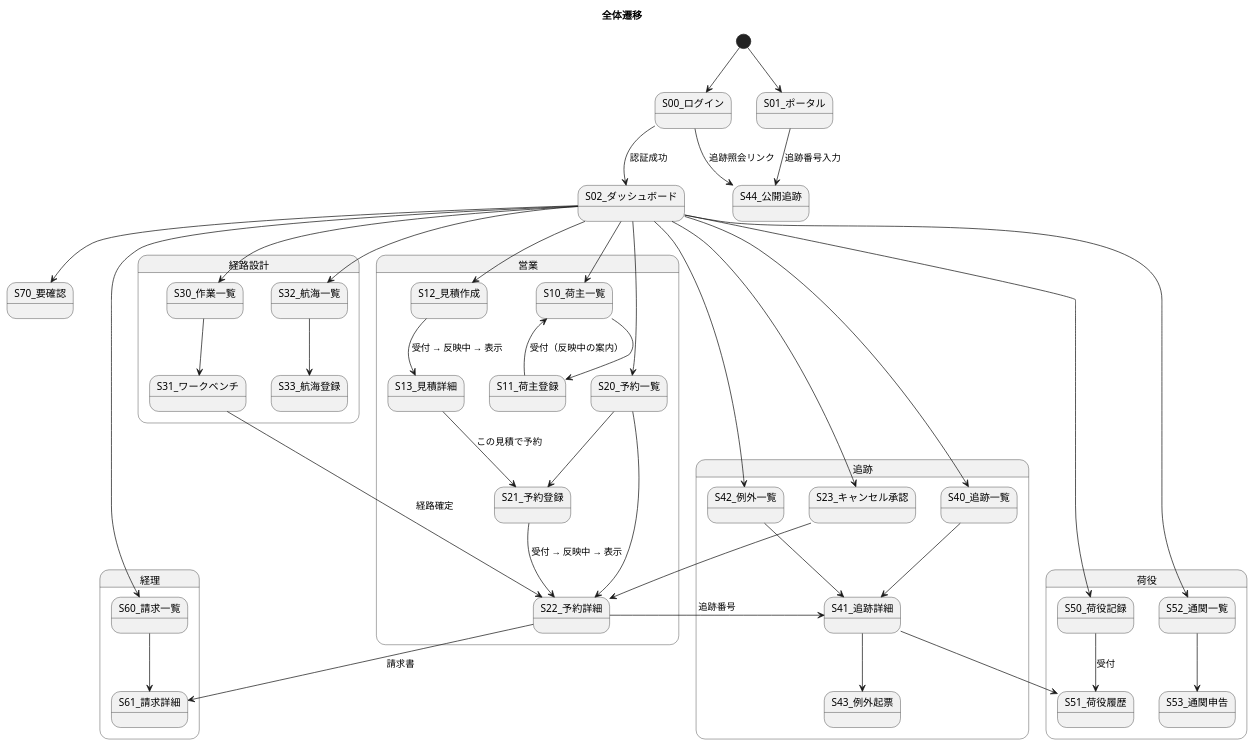
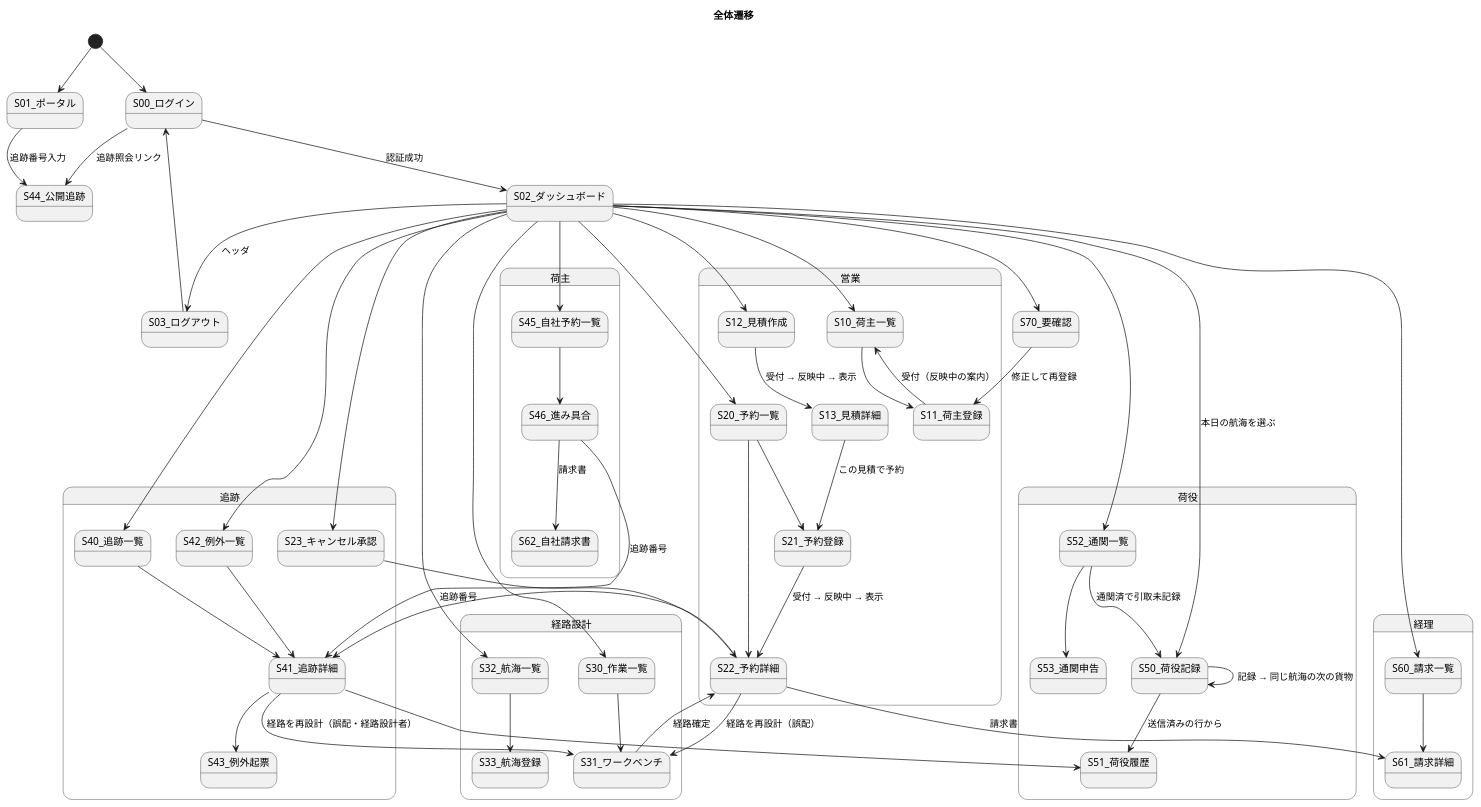
Before and after one commit to k2works/case-study-cargo-tracker: the second of 20 diagrams in docs/design/cargo-tracker/ui_design.md, drawn with PlantUML. The commit also changed other lines of this file and 18 other files, not shown here.

````diff
--- a/docs/design/cargo-tracker/ui_design.md
+++ b/docs/design/cargo-tracker/ui_design.md
@@ -180,59 +221,73 @@
 ```plantuml
 @startuml
 title 全体遷移
 
 [*] --> S00_ログイン
 [*] --> S01_ポータル
 S01_ポータル --> S44_公開追跡 : 追跡番号入力
 S00_ログイン --> S44_公開追跡 : 追跡照会リンク
 S00_ログイン --> S02_ダッシュボード : 認証成功
 
 state "営業" as sales {
   S02_ダッシュボード --> S10_荷主一覧
   S10_荷主一覧 --> S11_荷主登録
   S11_荷主登録 --> S10_荷主一覧 : 受付（反映中の案内）
   S02_ダッシュボード --> S12_見積作成
   S12_見積作成 --> S13_見積詳細 : 受付 → 反映中 → 表示
   S13_見積詳細 --> S21_予約登録 : この見積で予約
   S02_ダッシュボード --> S20_予約一覧
   S20_予約一覧 --> S21_予約登録
   S21_予約登録 --> S22_予約詳細 : 受付 → 反映中 → 表示
   S20_予約一覧 --> S22_予約詳細
 }
 
 state "経路設計" as routing {
   S02_ダッシュボード --> S30_作業一覧
   S30_作業一覧 --> S31_ワークベンチ
   S31_ワークベンチ --> S22_予約詳細 : 経路確定
+  S22_予約詳細 --> S31_ワークベンチ : 経路を再設計（誤配）
   S02_ダッシュボード --> S32_航海一覧
   S32_航海一覧 --> S33_航海登録
 }
 
 state "追跡" as tracking {
   S02_ダッシュボード --> S40_追跡一覧
   S40_追跡一覧 --> S41_追跡詳細
   S41_追跡詳細 --> S43_例外起票
   S02_ダッシュボード --> S42_例外一覧
   S42_例外一覧 --> S41_追跡詳細
   S02_ダッシュボード --> S23_キャンセル承認
   S23_キャンセル承認 --> S22_予約詳細
+  S41_追跡詳細 --> S31_ワークベンチ : 経路を再設計（誤配・経路設計者）
 }
 
 state "荷役" as handling {
-  S02_ダッシュボード --> S50_荷役記録
-  S50_荷役記録 --> S51_荷役履歴 : 受付
+  S02_ダッシュボード --> S50_荷役記録 : 本日の航海を選ぶ
+  S50_荷役記録 --> S50_荷役記録 : 記録 → 同じ航海の次の貨物
+  S50_荷役記録 --> S51_荷役履歴 : 送信済みの行から
   S02_ダッシュボード --> S52_通関一覧
   S52_通関一覧 --> S53_通関申告
+  S52_通関一覧 --> S50_荷役記録 : 通関済で引取未記録
+}
+
+state "荷主" as shipper {
+  S02_ダッシュボード --> S45_自社予約一覧
+  S45_自社予約一覧 --> S46_進み具合
+  S46_進み具合 --> S41_追跡詳細 : 追跡番号
+  S46_進み具合 --> S62_自社請求書 : 請求書
 }
 
 state "経理" as billing {
   S02_ダッシュボード --> S60_請求一覧
   S60_請求一覧 --> S61_請求詳細
 }
 
 S02_ダッシュボード --> S70_要確認
+S70_要確認 --> S11_荷主登録 : 修正して再登録
 S22_予約詳細 --> S41_追跡詳細 : 追跡番号
 S22_予約詳細 --> S61_請求詳細 : 請求書
 S41_追跡詳細 --> S51_荷役履歴
+S02_ダッシュボード --> S03_ログアウト : ヘッダ
+S03_ログアウト --> S00_ログイン
 @enduml
 ```
````
